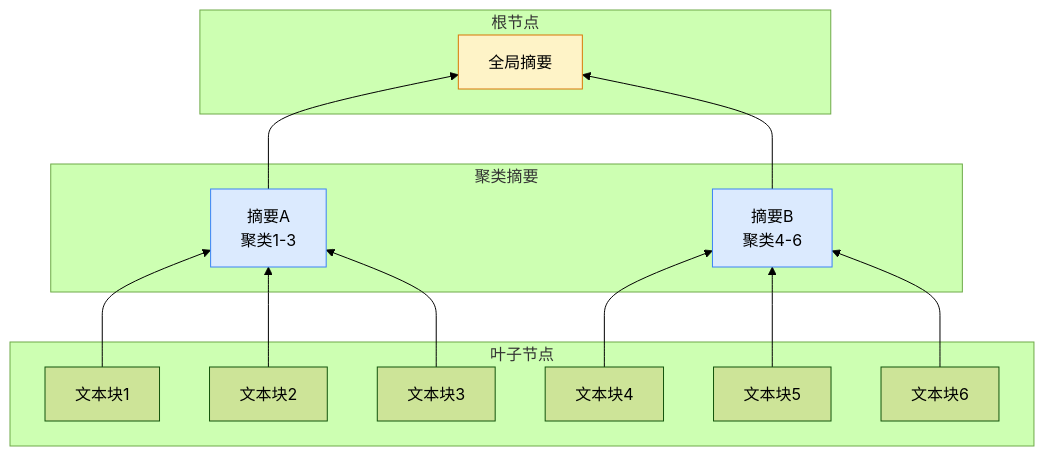
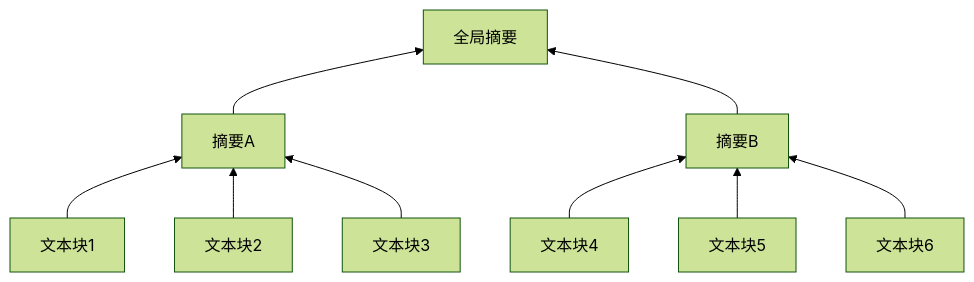
Before and after one commit to likebeans/notes-on-llms: the sixth of 9 diagrams in docs/llms/rag/index.md, drawn with Mermaid (forest theme). The commit also changed other lines of this file and 2 other files, not shown here.

Commit message:
feat: 添加 Mermaid 流程图支持并优化样式

````diff
--- a/docs/llms/rag/index.md
+++ b/docs/llms/rag/index.md
@@ -308,28 +271,6 @@
 ```mermaid
 flowchart BT
-    subgraph 叶子节点
-        L1[文本块1]
-        L2[文本块2]
-        L3[文本块3]
-        L4[文本块4]
-        L5[文本块5]
-        L6[文本块6]
-    end
-    
-    subgraph 聚类摘要
-        C1[摘要A<br>聚类1-3]
-        C2[摘要B<br>聚类4-6]
-    end
-    
-    subgraph 根节点
-        R[全局摘要]
-    end
-    
-    L1 & L2 & L3 --> C1
-    L4 & L5 & L6 --> C2
-    C1 & C2 --> R
-    
-    style R fill:#fef3c7,stroke:#d97706
-    style C1 fill:#dbeafe,stroke:#3b82f6
-    style C2 fill:#dbeafe,stroke:#3b82f6
+    L1[文本块1] & L2[文本块2] & L3[文本块3] --> C1[摘要A]
+    L4[文本块4] & L5[文本块5] & L6[文本块6] --> C2[摘要B]
+    C1 & C2 --> R[全局摘要]
 ```
````
